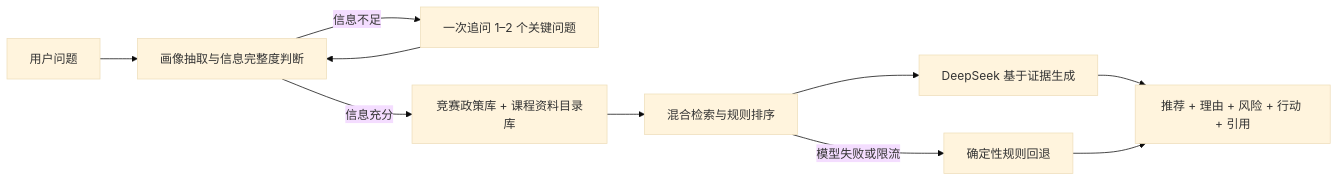
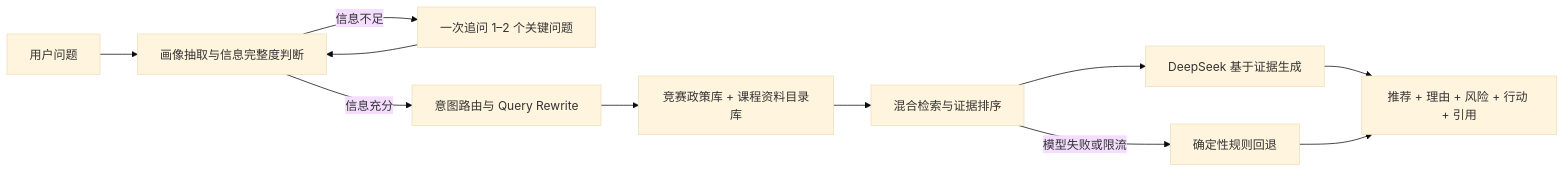
One commit to RRRRaquelle/NJFU-WIKI changed the diagram in README.md. Above: the diagram before and after it, drawn with Mermaid (base theme). The commit also changed other lines of this file, not shown here.

````diff
--- a/README.md
+++ b/README.md
@@ -82,12 +92,13 @@
 ```mermaid
 flowchart LR
     A[用户问题] --> B[画像抽取与信息完整度判断]
     B -->|信息不足| C[一次追问 1–2 个关键问题]
     C --> B
-    B -->|信息充分| D[竞赛政策库 + 课程资料目录库]
-    D --> E[混合检索与规则排序]
-    E --> F[DeepSeek 基于证据生成]
-    F --> G[推荐 + 理由 + 风险 + 行动 + 引用]
-    E -->|模型失败或限流| H[确定性规则回退]
-    H --> G
+    B -->|信息充分| D[意图路由与 Query Rewrite]
+    D --> E[竞赛政策库 + 课程资料目录库]
+    E --> F[混合检索与证据排序]
+    F --> G[DeepSeek 基于证据生成]
+    G --> H[推荐 + 理由 + 风险 + 行动 + 引用]
+    F -->|模型失败或限流| I[确定性规则回退]
+    I --> H
 ```
````
